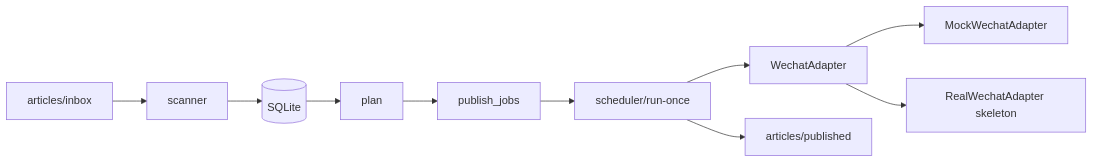
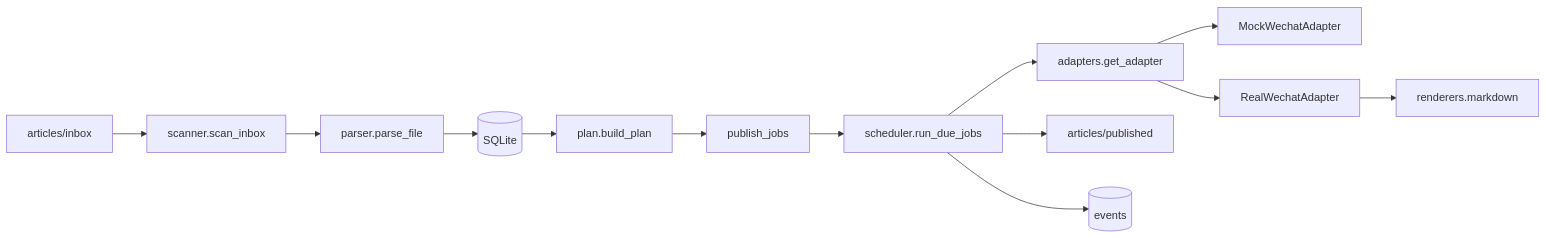
Before and after one commit to alalapi-0/wechat-article-scheduler: the diagram in docs/architecture.md, drawn with Mermaid. The commit also changed other lines of this file and 41 other files, not shown here.

First line of the commit message:
feat(governance): round1 architecture reorganization and docs baseline

````diff
--- a/docs/architecture.md
+++ b/docs/architecture.md
@@ -5,12 +5,15 @@
 ```mermaid
 flowchart LR
-  inbox[articles/inbox] --> scan[scanner]
-  scan --> db[(SQLite)]
-  db --> plan[plan]
+  inbox[articles/inbox] --> scan[scanner.scan_inbox]
+  scan --> parser[parser.parse_file]
+  parser --> db[(SQLite)]
+  db --> plan[plan.build_plan]
   plan --> jobs[publish_jobs]
-  jobs --> run[scheduler/run-once]
-  run --> adapter[WechatAdapter]
+  jobs --> run[scheduler.run_due_jobs]
+  run --> adapter[adapters.get_adapter]
   adapter --> mock[MockWechatAdapter]
-  adapter --> real[RealWechatAdapter skeleton]
+  adapter --> real[RealWechatAdapter]
+  real --> renderer[renderers.markdown]
   run --> published[articles/published]
+  run --> events[(events)]
 ```
````
